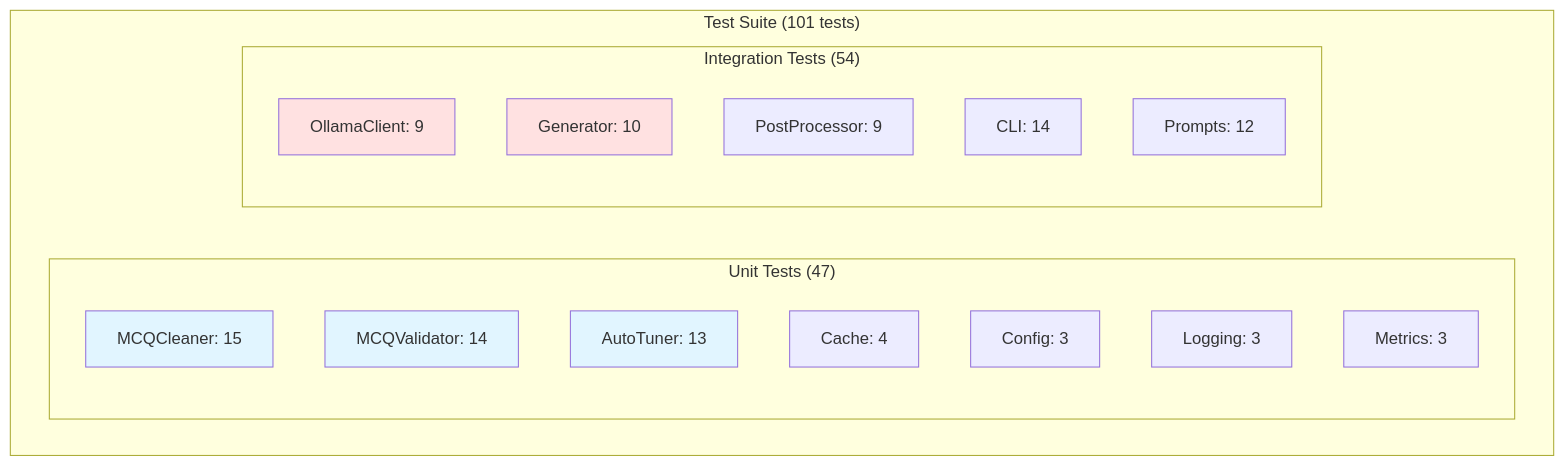
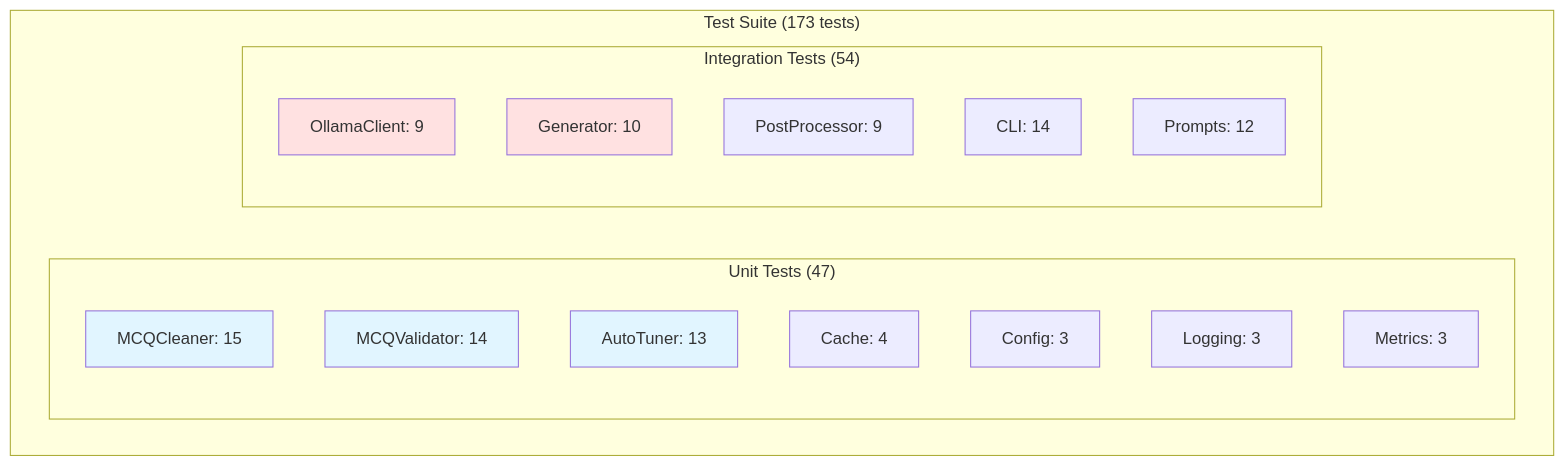
Before and after one commit to dencelkbabu/obsidian-spaced-repetition-flashcard-generator: the fifth of 5 diagrams in ARCHITECTURE.md, drawn with Mermaid. The commit also changed other lines of this file and 1 other file, not shown here.

First line of the commit message:
docs: update README and ARCHITECTURE for v4.0.0 budget system

````diff
--- a/ARCHITECTURE.md
+++ b/ARCHITECTURE.md
@@ -298,28 +309,28 @@
 ```mermaid
 graph TB
-    subgraph "Test Suite (101 tests)"
+    subgraph "Test Suite (173 tests)"
         subgraph "Unit Tests (47)"
             U1[MCQCleaner: 15]
             U2[MCQValidator: 14]
             U3[AutoTuner: 13]
             U4[Cache: 4]
             U5[Config: 3]
             U6[Logging: 3]
             U7[Metrics: 3]
         end
         
         subgraph "Integration Tests (54)"
             I1[OllamaClient: 9]
             I2[Generator: 10]
             I3[PostProcessor: 9]
             I4[CLI: 14]
             I5[Prompts: 12]
         end
     end
     
     style U1 fill:#e1f5ff
     style U2 fill:#e1f5ff
     style U3 fill:#e1f5ff
     style I1 fill:#ffe1e1
     style I2 fill:#ffe1e1
 ```
````
